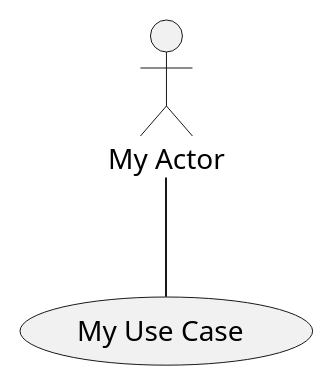
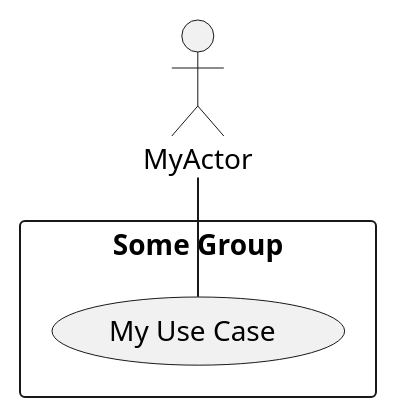
The diagram in Use Cases/_template.iuml (bmb0136/COMP-3700-Project), drawn with PlantUML before and after one commit.

Commit message:
Change use case template a little

```diff
--- a/Use Cases/_template.iuml
+++ b/Use Cases/_template.iuml
@@ -1,5 +1,7 @@
 @startuml My Use Case
-(My Use Case) as UC1
-actor :My Actor: as A
-A -- UC1
+actor :MyActor:
+rectangle "Some Group" {
+  (My Use Case) as MyUse
+}
+MyActor -- MyUse
 @enduml
```
